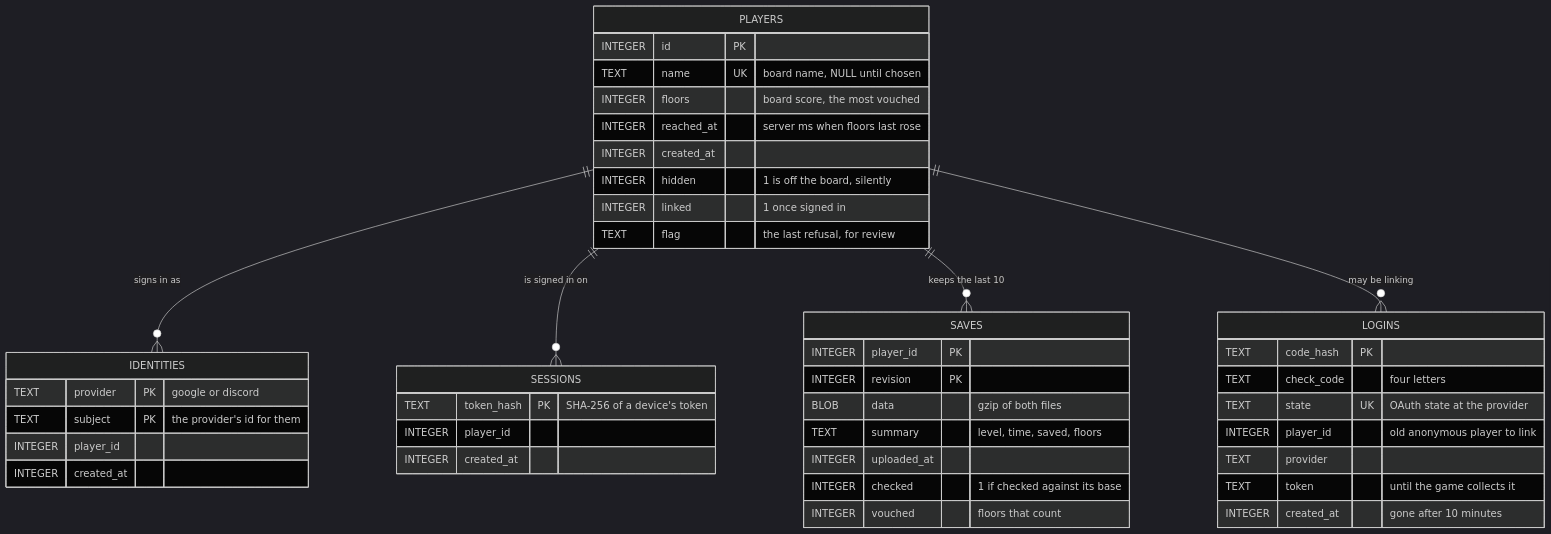
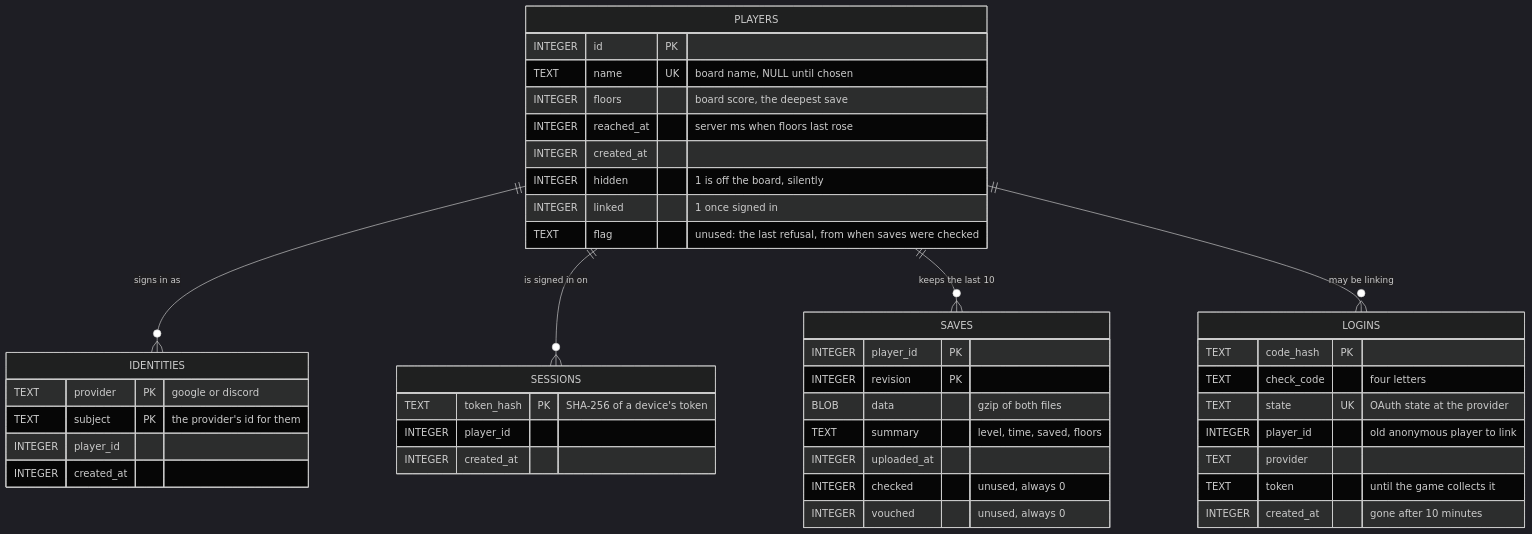
The sixth of 7 diagrams in backend/leaderboard/README.md (dikmedvescekmurovec/kobold-clicker), drawn with Mermaid (dark theme) before and after one commit. The commit also changed other lines of this file and 221 other files, not shown here.

````diff
--- a/backend/leaderboard/README.md
+++ b/backend/leaderboard/README.md
@@ -343,46 +295,46 @@
 ```mermaid
 erDiagram
     PLAYERS ||--o{ IDENTITIES : "signs in as"
     PLAYERS ||--o{ SESSIONS : "is signed in on"
     PLAYERS ||--o{ SAVES : "keeps the last 10"
     PLAYERS ||--o{ LOGINS : "may be linking"
     PLAYERS {
         INTEGER id PK
         TEXT name UK "board name, NULL until chosen"
-        INTEGER floors "board score, the most vouched"
+        INTEGER floors "board score, the deepest save"
         INTEGER reached_at "server ms when floors last rose"
         INTEGER created_at
         INTEGER hidden "1 is off the board, silently"
         INTEGER linked "1 once signed in"
-        TEXT flag "the last refusal, for review"
+        TEXT flag "unused: the last refusal, from when saves were checked"
     }
     IDENTITIES {
         TEXT provider PK "google or discord"
         TEXT subject PK "the provider's id for them"
         INTEGER player_id
         INTEGER created_at
     }
     SESSIONS {
         TEXT token_hash PK "SHA-256 of a device's token"
         INTEGER player_id
         INTEGER created_at
     }
     LOGINS {
         TEXT code_hash PK
         TEXT check_code "four letters"
         TEXT state UK "OAuth state at the provider"
         INTEGER player_id "old anonymous player to link"
         TEXT provider
         TEXT token "until the game collects it"
         INTEGER created_at "gone after 10 minutes"
     }
     SAVES {
         INTEGER player_id PK
         INTEGER revision PK
         BLOB data "gzip of both files"
         TEXT summary "level, time, saved, floors"
         INTEGER uploaded_at
-        INTEGER checked "1 if checked against its base"
-        INTEGER vouched "floors that count"
+        INTEGER checked "unused, always 0"
+        INTEGER vouched "unused, always 0"
     }
 ```
````
